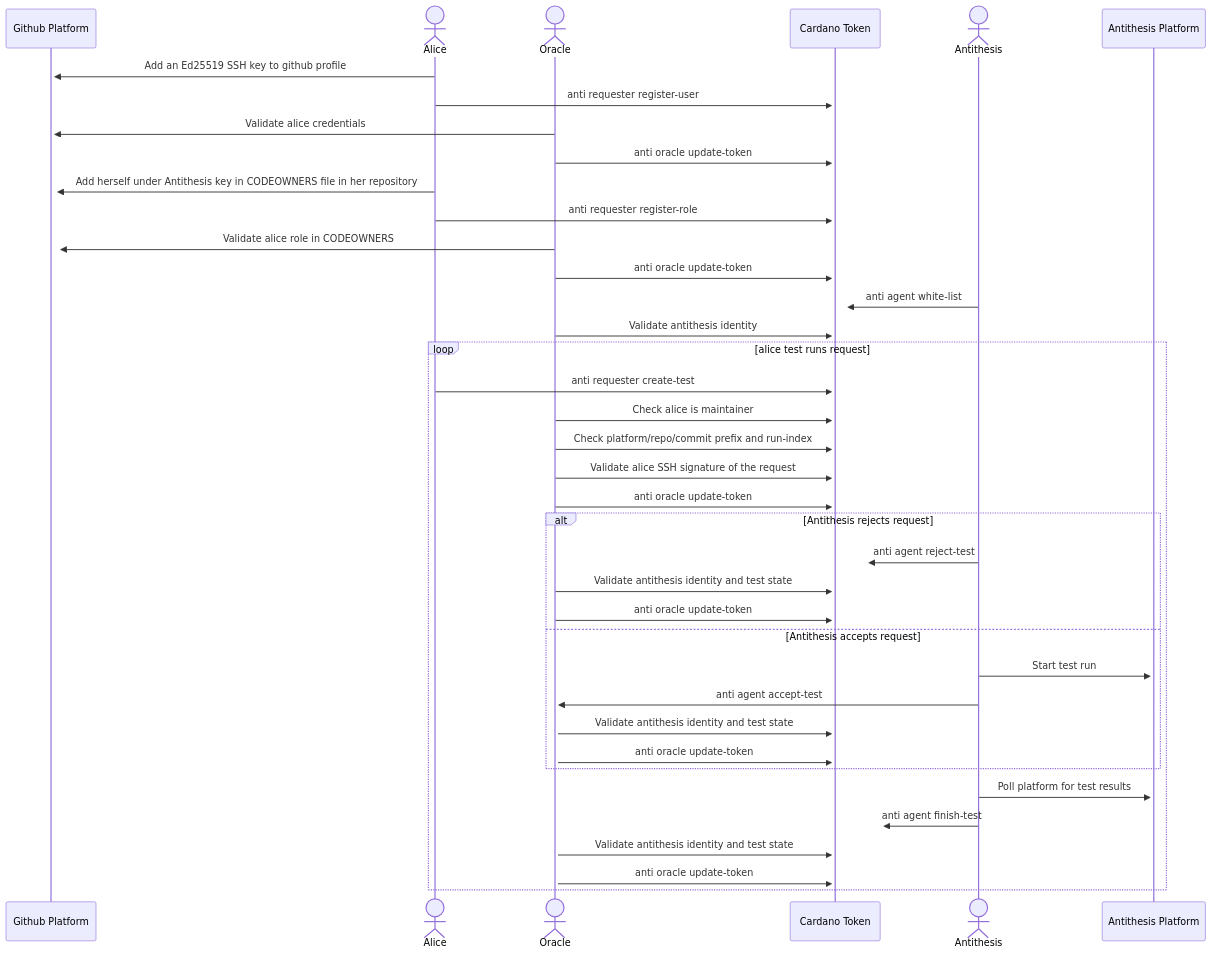
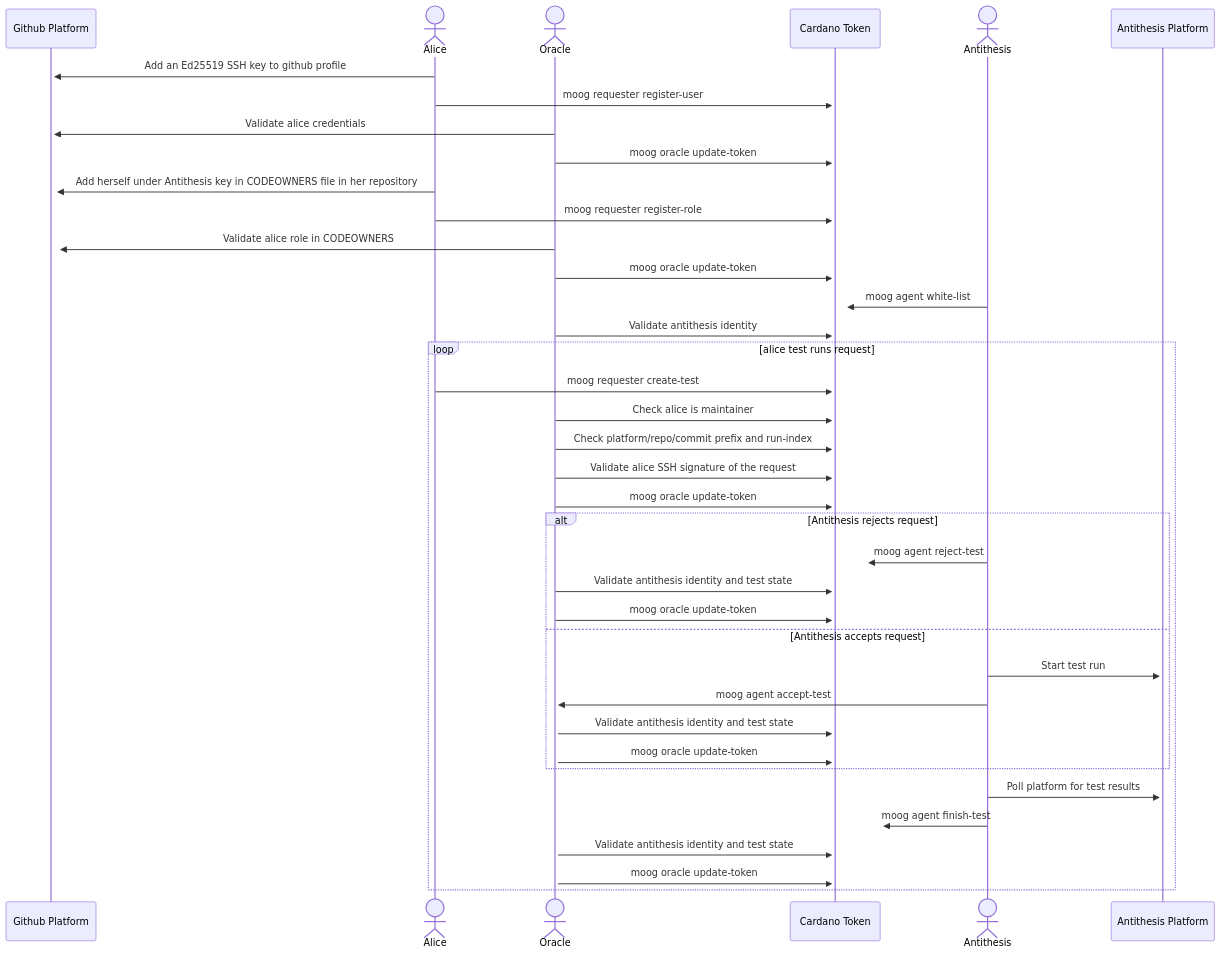
The diagram in docs/docs/ops/protocol.md (cardano-foundation/moog), drawn with Mermaid before and after one commit. The commit also changed 3 other files, not shown here.

````diff
--- a/docs/docs/ops/protocol.md
+++ b/docs/docs/ops/protocol.md
@@ -11,53 +11,53 @@
 ```mermaid
 sequenceDiagram
     participant GitHub as Github Platform
     actor Alice
     actor Oracle
     participant Token as Cardano Token
     actor Antithesis
     participant AntithesisPlatform as Antithesis Platform
 
 
     %% Step 1: Alice registers as an identified user
     Alice->>+GitHub: Add an Ed25519 SSH key to github profile
-    Alice->>+Token: anti requester register-user
+    Alice->>+Token: moog requester register-user
     Oracle->>+GitHub: Validate alice credentials
-    Oracle->>+Token: anti oracle update-token
+    Oracle->>+Token: moog oracle update-token
 
     %% Step 2: Alice registers role as an antithesis test runner
     Alice->>+GitHub: Add herself under Antithesis key in CODEOWNERS file in her repository
-    Alice->>+Token: anti requester register-role
+    Alice->>+Token: moog requester register-role
     Oracle->>+GitHub: Validate alice role in CODEOWNERS
-    Oracle->>+Token: anti oracle update-token
+    Oracle->>+Token: moog oracle update-token
 
     %% Step 3: Agent white-list alice repository
-    Antithesis->>+Token: anti agent white-list
+    Antithesis->>+Token: moog agent white-list
     Oracle->>+Token: Validate antithesis identity
 
     %% Step 4: Alice requests test runs
     loop alice test runs request
-    Alice->>+Token: anti requester create-test
+    Alice->>+Token: moog requester create-test
     Oracle->>+Token: Check alice is maintainer
     Oracle->>+Token: Check platform/repo/commit prefix and run-index
     Oracle->>+Token: Validate alice SSH signature of the request
-    Oracle->>+Token: anti oracle update-token
+    Oracle->>+Token: moog oracle update-token
 
     %% Step 5: Antithesis processes test run request
     alt Antithesis rejects request
-        Antithesis->>+Token: anti agent reject-test
+        Antithesis->>+Token: moog agent reject-test
         Oracle->>+Token: Validate antithesis identity and test state
-        Oracle->>+Token: anti oracle update-token
+        Oracle->>+Token: moog oracle update-token
     else Antithesis accepts request
         Antithesis->>+AntithesisPlatform: Start test run
-        Antithesis->>+Oracle: anti agent accept-test
+        Antithesis->>+Oracle: moog agent accept-test
         Oracle->>+Token: Validate antithesis identity and test state
-        Oracle->>+Token: anti oracle update-token
+        Oracle->>+Token: moog oracle update-token
     end
 
     %% Step 6: Antithesis updates test run results
     Antithesis->>+AntithesisPlatform: Poll platform for test results
-    Antithesis->>+Token: anti agent finish-test
+    Antithesis->>+Token: moog agent finish-test
     Oracle->>+Token: Validate antithesis identity and test state
-    Oracle->>+Token: anti oracle update-token
+    Oracle->>+Token: moog oracle update-token
     end
 ```
````
